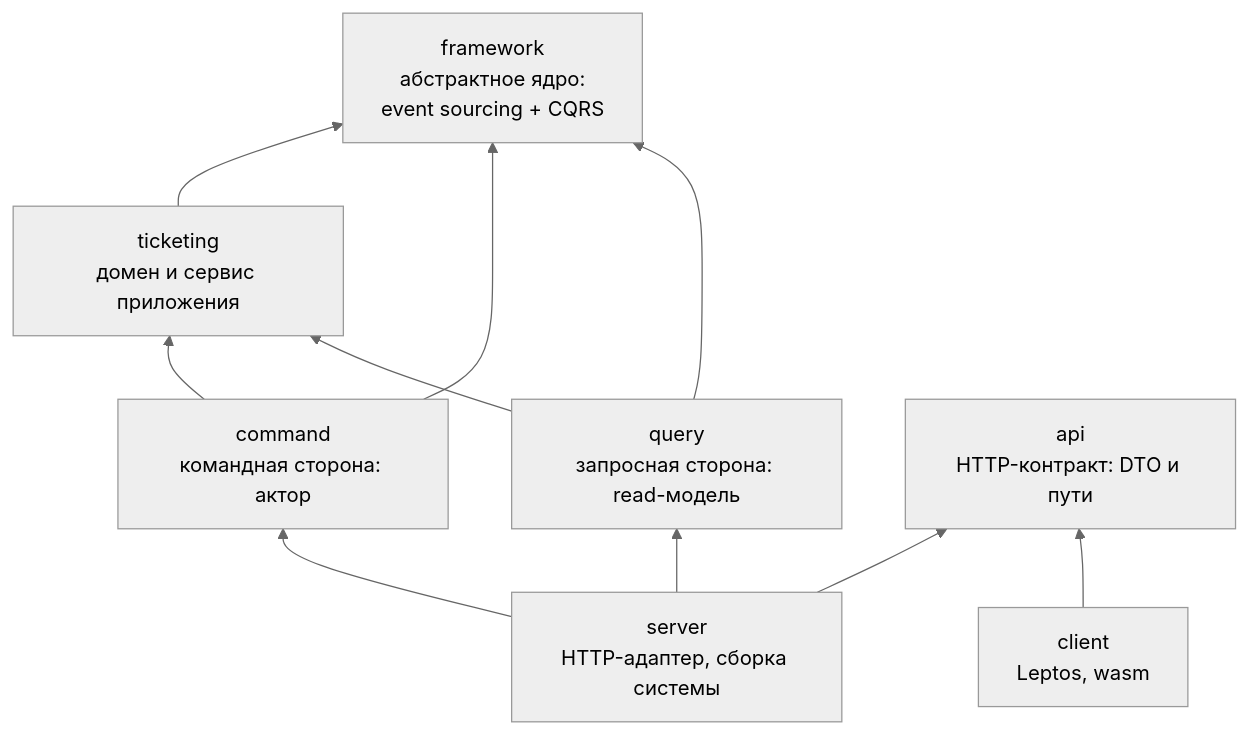
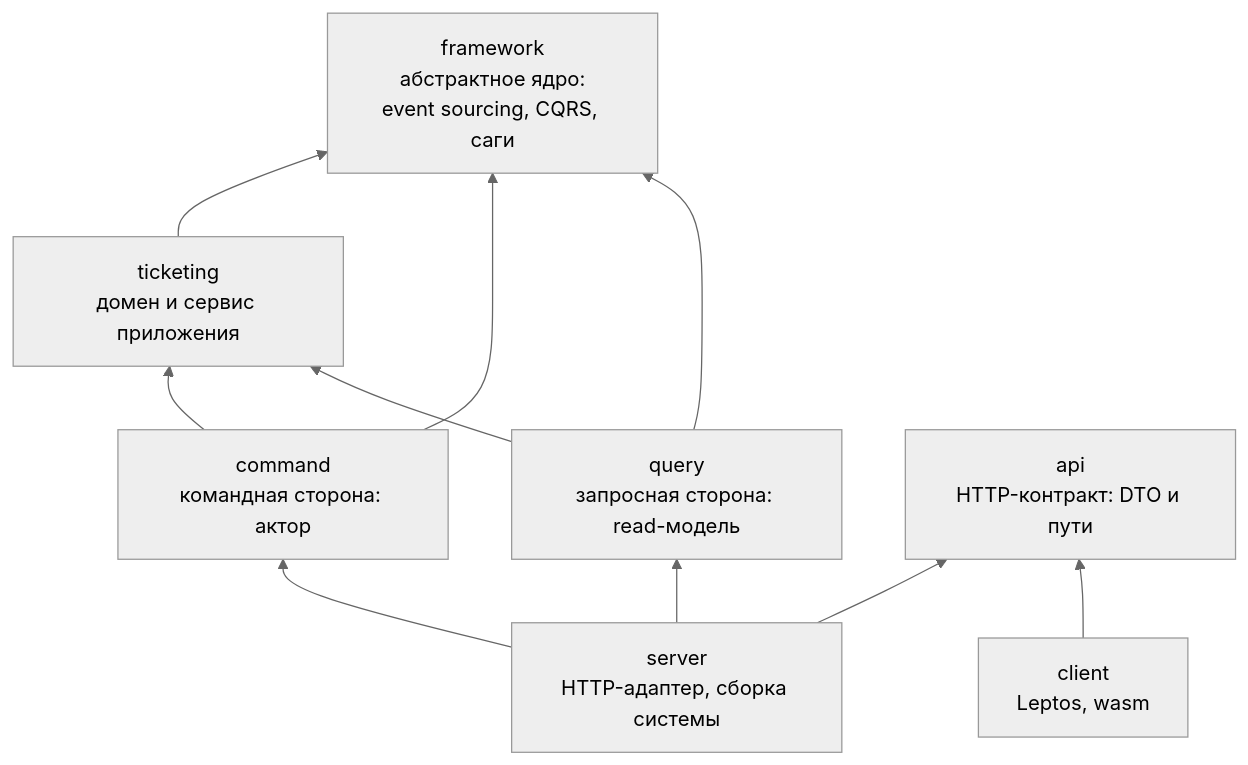
The first of 8 diagrams in hw9/ARCHITECTURE.md (Dx-by-Dy/ALS-HW), drawn with Mermaid (neutral theme) before and after one commit. The commit also changed other lines of this file and 4 other files, not shown here.

````diff
--- a/hw9/ARCHITECTURE.md
+++ b/hw9/ARCHITECTURE.md
@@ -22,20 +24,20 @@
 ```mermaid
 flowchart BT
-    framework["framework<br/>абстрактное ядро:<br/>event sourcing + CQRS"]
+    framework["framework<br/>абстрактное ядро:<br/>event sourcing, CQRS, саги"]
     ticketing["ticketing<br/>домен и сервис приложения"]
     command["command<br/>командная сторона: актор"]
     query["query<br/>запросная сторона: read-модель"]
     api["api<br/>HTTP-контракт: DTO и пути"]
     server["server<br/>HTTP-адаптер, сборка системы"]
     client["client<br/>Leptos, wasm"]
 
     ticketing --> framework
     command --> ticketing
     command --> framework
     query --> ticketing
     query --> framework
     server --> command
     server --> query
     server --> api
     client --> api
 ```
````
